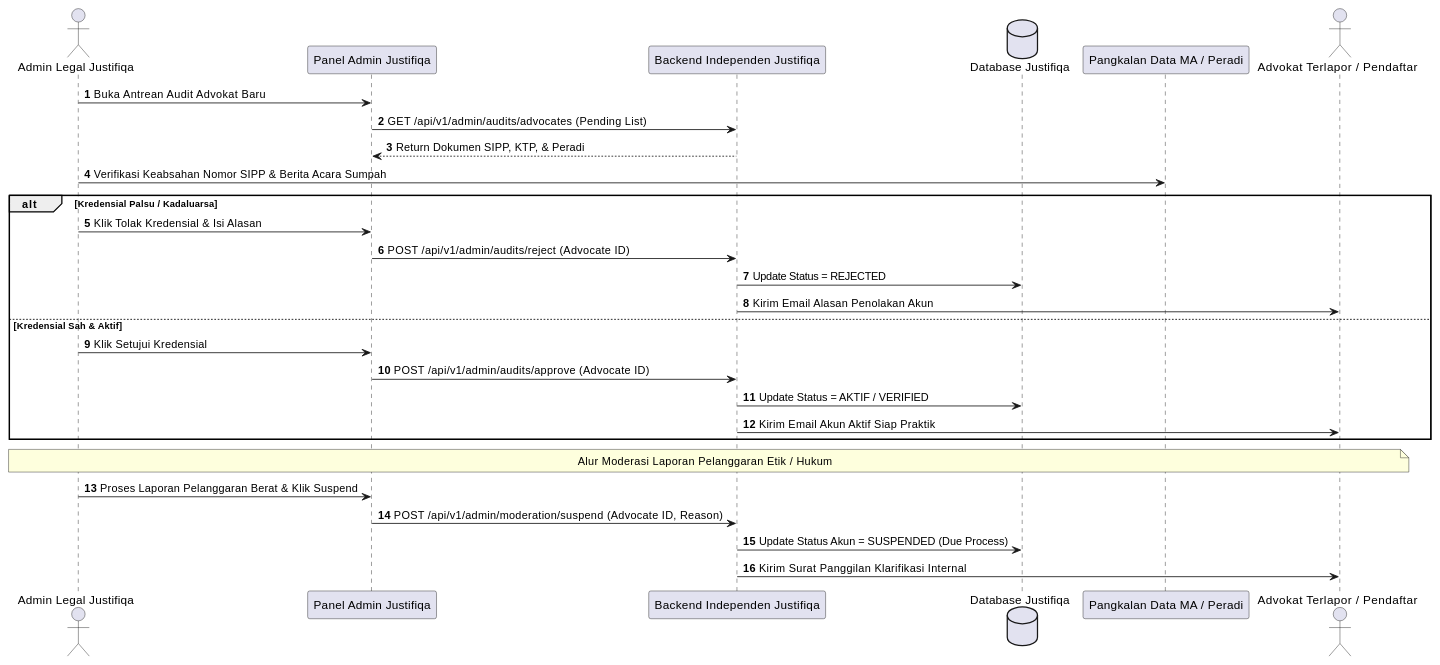
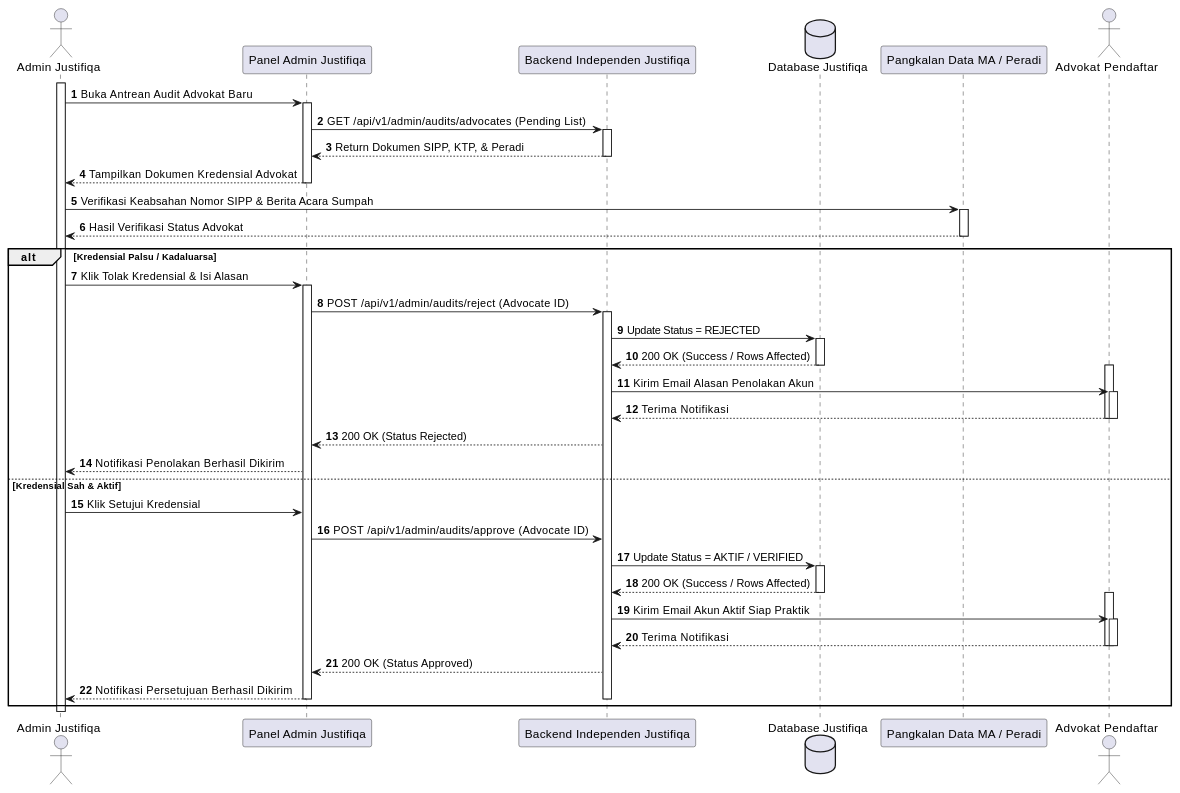
The ninth of 27 diagrams in MarkDown/plantuml_sequence_diagrams.md (tupperwureism/SuperApp-Gagal), drawn with PlantUML before and after one commit. The commit also changed other lines of this file and 1 other file, not shown here.

Commit message:
docs(uml): enforce strict UML activation bars, API/DB return arrows, and alt security boundaries for SD Justifiqa & Qualifa

````diff
--- a/MarkDown/plantuml_sequence_diagrams.md
+++ b/MarkDown/plantuml_sequence_diagrams.md
@@ -309,34 +412,47 @@
 ```plantuml
 @startuml
 autonumber
-actor "Admin Legal Justifiqa" as Admin
+actor "Admin Justifiqa" as Admin
 participant "Panel Admin Justifiqa" as FE
 participant "Backend Independen Justifiqa" as BE
 database "Database Justifiqa" as DB
 participant "Pangkalan Data MA / Peradi" as Peradi
-actor "Advokat Terlapor / Pendaftar" as Mitra
+actor "Advokat Pendaftar" as Mitra
 
-Admin -> FE : Buka Antrean Audit Advokat Baru
-FE -> BE : GET /api/v1/admin/audits/advocates (Pending List)
-BE --> FE : Return Dokumen SIPP, KTP, & Peradi
-Admin -> Peradi : Verifikasi Keabsahan Nomor SIPP & Berita Acara Sumpah
+activate Admin
+Admin -> FE ++ : Buka Antrean Audit Advokat Baru
+FE -> BE ++ : GET /api/v1/admin/audits/advocates (Pending List)
+BE --> FE -- : Return Dokumen SIPP, KTP, & Peradi
+FE --> Admin -- : Tampilkan Dokumen Kredensial Advokat
+Admin -> Peradi ++ : Verifikasi Keabsahan Nomor SIPP & Berita Acara Sumpah
+Peradi --> Admin -- : Hasil Verifikasi Status Advokat
 
 alt Kredensial Palsu / Kadaluarsa
-    Admin -> FE : Klik Tolak Kredensial & Isi Alasan
-    FE -> BE : POST /api/v1/admin/audits/reject (Advocate ID)
-    BE -> DB : Update Status = REJECTED
-    BE -> Mitra : Kirim Email Alasan Penolakan Akun
+    Admin -> FE ++ : Klik Tolak Kredensial & Isi Alasan
+    FE -> BE ++ : POST /api/v1/admin/audits/reject (Advocate ID)
+    BE -> DB ++ : Update Status = REJECTED
+    DB --> BE -- : 200 OK (Success / Rows Affected)
+    activate Mitra
+    BE -> Mitra ++ : Kirim Email Alasan Penolakan Akun
+    Mitra --> BE : Terima Notifikasi
+    deactivate Mitra
+    deactivate Mitra
+    BE --> FE : 200 OK (Status Rejected)
+    FE --> Admin : Notifikasi Penolakan Berhasil Dikirim
 else Kredensial Sah & Aktif
     Admin -> FE : Klik Setujui Kredensial
     FE -> BE : POST /api/v1/admin/audits/approve (Advocate ID)
-    BE -> DB : Update Status = AKTIF / VERIFIED
-    BE -> Mitra : Kirim Email Akun Aktif Siap Praktik
+    BE -> DB ++ : Update Status = AKTIF / VERIFIED
+    DB --> BE -- : 200 OK (Success / Rows Affected)
+    activate Mitra
+    BE -> Mitra ++ : Kirim Email Akun Aktif Siap Praktik
+    Mitra --> BE : Terima Notifikasi
+    deactivate Mitra
+    deactivate Mitra
+    BE --> FE : 200 OK (Status Approved)
+    FE --> Admin -- : Notifikasi Persetujuan Berhasil Dikirim
+    deactivate BE
 end
-
-note over Admin, Mitra : Alur Moderasi Laporan Pelanggaran Etik / Hukum
-Admin -> FE : Proses Laporan Pelanggaran Berat & Klik Suspend
-FE -> BE : POST /api/v1/admin/moderation/suspend (Advocate ID, Reason)
-BE -> DB : Update Status Akun = SUSPENDED (Due Process)
-BE -> Mitra : Kirim Surat Panggilan Klarifikasi Internal
+deactivate Admin
 @enduml
 ```
````
